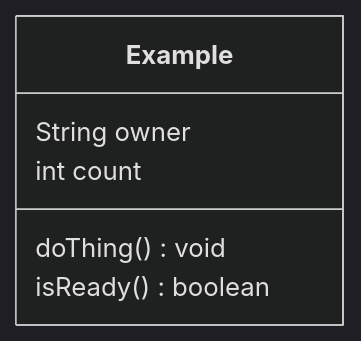
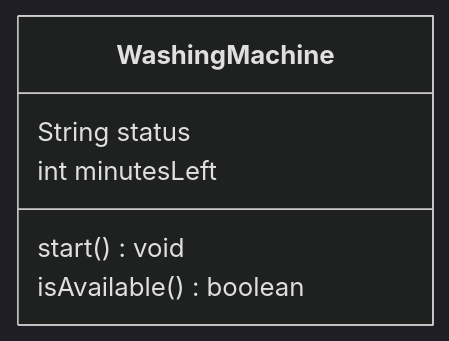
One commit to JeremiahNHS/recitation0 changed the diagram in design.md. Above: the diagram before and after it, drawn with Mermaid (dark theme). The commit also changed other lines of this file, not shown here.

````diff
--- a/design.md
+++ b/design.md
@@ -24,9 +21,9 @@
 ```mermaid
 classDiagram
-    class Example {
-        String owner
-        int count
-        doThing() void
-        isReady() boolean
+    class WashingMachine {
+        String status
+        int minutesLeft
+        start() void
+        isAvailable() boolean
     }
 ```
````
